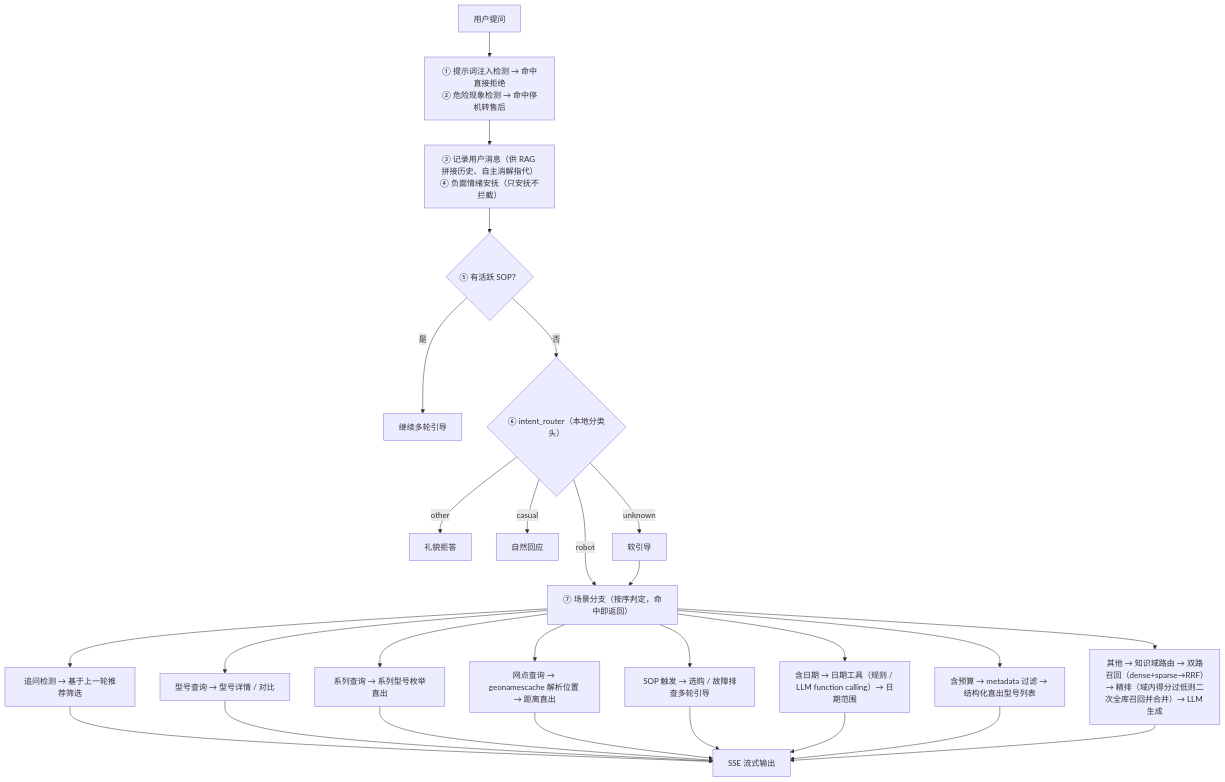
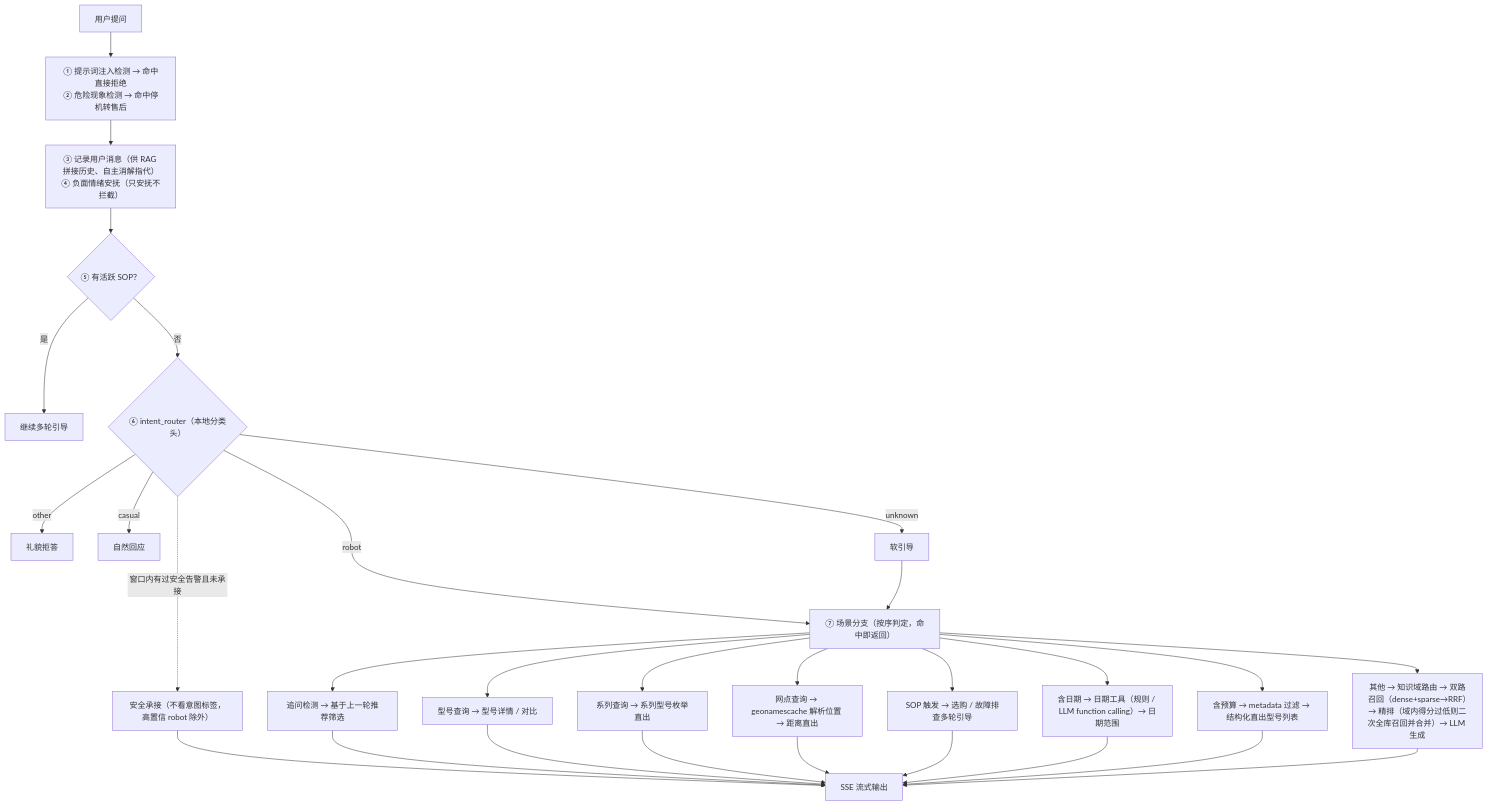
Before and after one commit to apkdio/clean_robot_agent: the diagram in README.md, drawn with Mermaid. The commit also changed other lines of this file and 10 other files, not shown here.

Commit message:
v2.3.6 1.安全承接与意图标签解耦：危险告警窗口内除高置信 robot 外一律承接，连刷守卫改为「同一告警最多连续承接 N 次」 2.上游治理多轮意图分类：重写标签口径（承接型完整句归 unknown、纯泛化服务问项不再判 robot），意图训练数据集扩充 3.会话文件按创建日期分目录存储，历史会话已迁移 4.测试侧补充多轮回归用例与检索基线，新增意图分类测试方向逻辑 5.文档日常更新 6.修复部分问题，增强体验

````diff
--- a/README.md
+++ b/README.md
@@ -315,29 +334,31 @@
 ```mermaid
 flowchart TD
     Q["用户提问"] --> G1["① 提示词注入检测 → 命中直接拒绝<br/>② 危险现象检测 → 命中停机转售后"]
     G1 --> G2["③ 记录用户消息（供 RAG 拼接历史、自主消解指代）<br/>④ 负面情绪安抚（只安抚不拦截）"]
     G2 --> G3{"⑤ 有活跃 SOP？"}
     G3 -->|是| S1["继续多轮引导"]
     G3 -->|否| IR{"⑥ intent_router（本地分类头）"}
     IR -->|other| O1["礼貌拒答"]
     IR -->|casual| O2["自然回应"]
     IR -->|unknown| O3["软引导"]
     IR -->|robot| G4["⑦ 场景分支（按序判定，命中即返回）"]
+    IR -.->|"窗口内有过安全告警且未承接"| S2A["安全承接（不看意图标签，高置信 robot 除外）"]
+    S2A --> OUT
     O3 --> G4
     G4 --> C1["追问检测 → 基于上一轮推荐筛选"]
     G4 --> C2["型号查询 → 型号详情 / 对比"]
     G4 --> C3["系列查询 → 系列型号枚举直出"]
     G4 --> C4["网点查询 → geonamescache 解析位置 → 距离直出"]
     G4 --> C5["SOP 触发 → 选购 / 故障排查多轮引导"]
     G4 --> C6["含日期 → 日期工具（规则 / LLM function calling）→ 日期范围"]
     G4 --> C7["含预算 → metadata 过滤 → 结构化直出型号列表"]
     G4 --> C8["其他 → 知识域路由 → 双路召回（dense+sparse→RRF）→ 精排（域内得分过低则二次全库召回并合并）→ LLM 生成"]
     C1 --> OUT["SSE 流式输出"]
     C2 --> OUT
     C3 --> OUT
     C4 --> OUT
     C5 --> OUT
     C6 --> OUT
     C7 --> OUT
     C8 --> OUT
 ```
````
